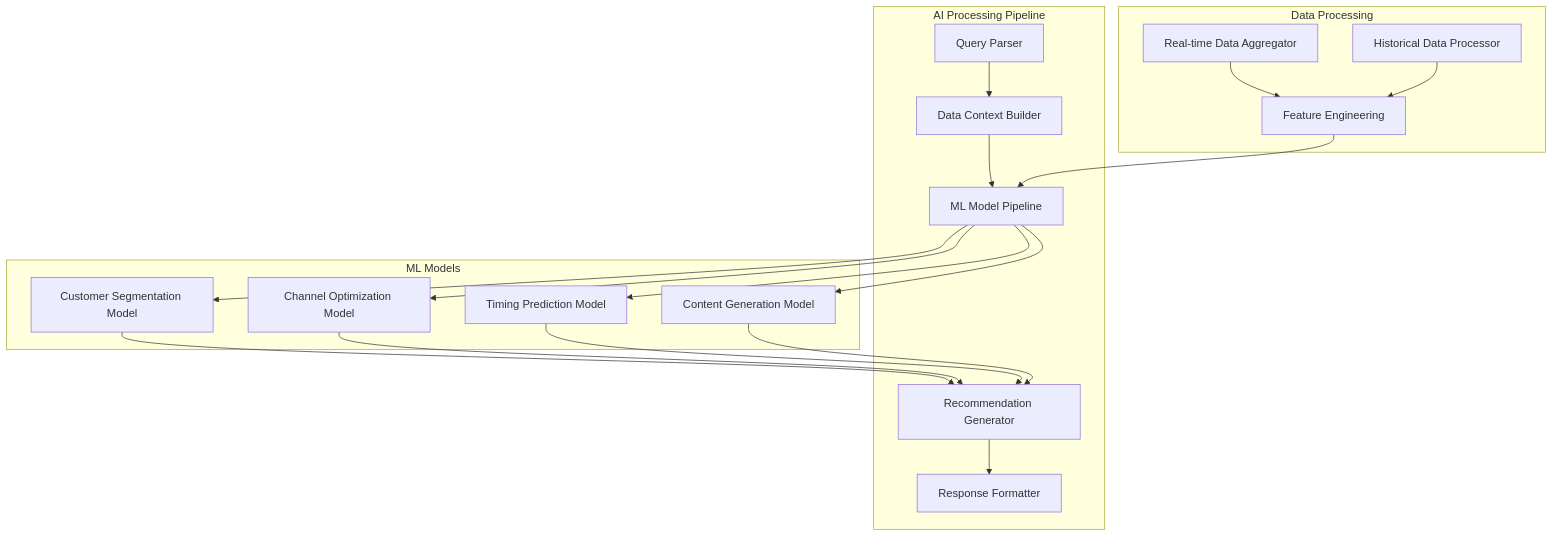
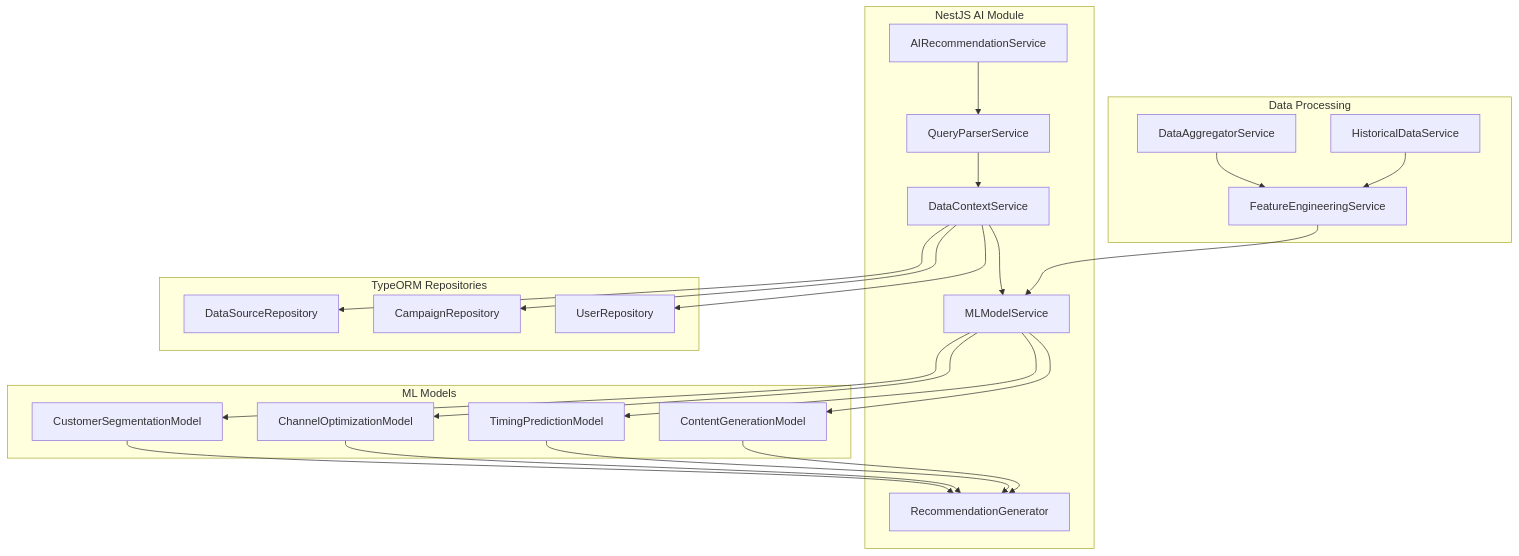
The fourth of 9 diagrams in docs/system-design.md (sakibrahmanchy/markopolo-ai-fullstack-challenge), drawn with Mermaid before and after one commit. The commit also changed other lines of this file and 3 other files, not shown here.

````diff
--- a/docs/system-design.md
+++ b/docs/system-design.md
@@ -191,38 +196,47 @@
 ```mermaid
 graph TB
-    subgraph "AI Processing Pipeline"
-        A[Query Parser]
-        B[Data Context Builder]
-        C[ML Model Pipeline]
-        D[Recommendation Generator]
-        E[Response Formatter]
+    subgraph "NestJS AI Module"
+        A[AIRecommendationService]
+        B[QueryParserService]
+        C[DataContextService]
+        D[MLModelService]
+        E[RecommendationGenerator]
     end
     
     subgraph "ML Models"
-        F[Customer Segmentation Model]
-        G[Channel Optimization Model]
-        H[Timing Prediction Model]
-        I[Content Generation Model]
+        F[CustomerSegmentationModel]
+        G[ChannelOptimizationModel]
+        H[TimingPredictionModel]
+        I[ContentGenerationModel]
     end
     
     subgraph "Data Processing"
-        J[Real-time Data Aggregator]
-        K[Historical Data Processor]
-        L[Feature Engineering]
+        J[DataAggregatorService]
+        K[HistoricalDataService]
+        L[FeatureEngineeringService]
+    end
+    
+    subgraph "TypeORM Repositories"
+        M[DataSourceRepository]
+        N[CampaignRepository]
+        O[UserRepository]
     end
     
     A --> B
     B --> C
-    C --> F
-    C --> G
-    C --> H
-    C --> I
-    F --> D
-    G --> D
-    H --> D
-    I --> D
-    D --> E
+    C --> D
+    D --> F
+    D --> G
+    D --> H
+    D --> I
+    F --> E
+    G --> E
+    H --> E
+    I --> E
     J --> L
     K --> L
-    L --> C
+    L --> D
+    C --> M
+    C --> N
+    C --> O
 ```
````
